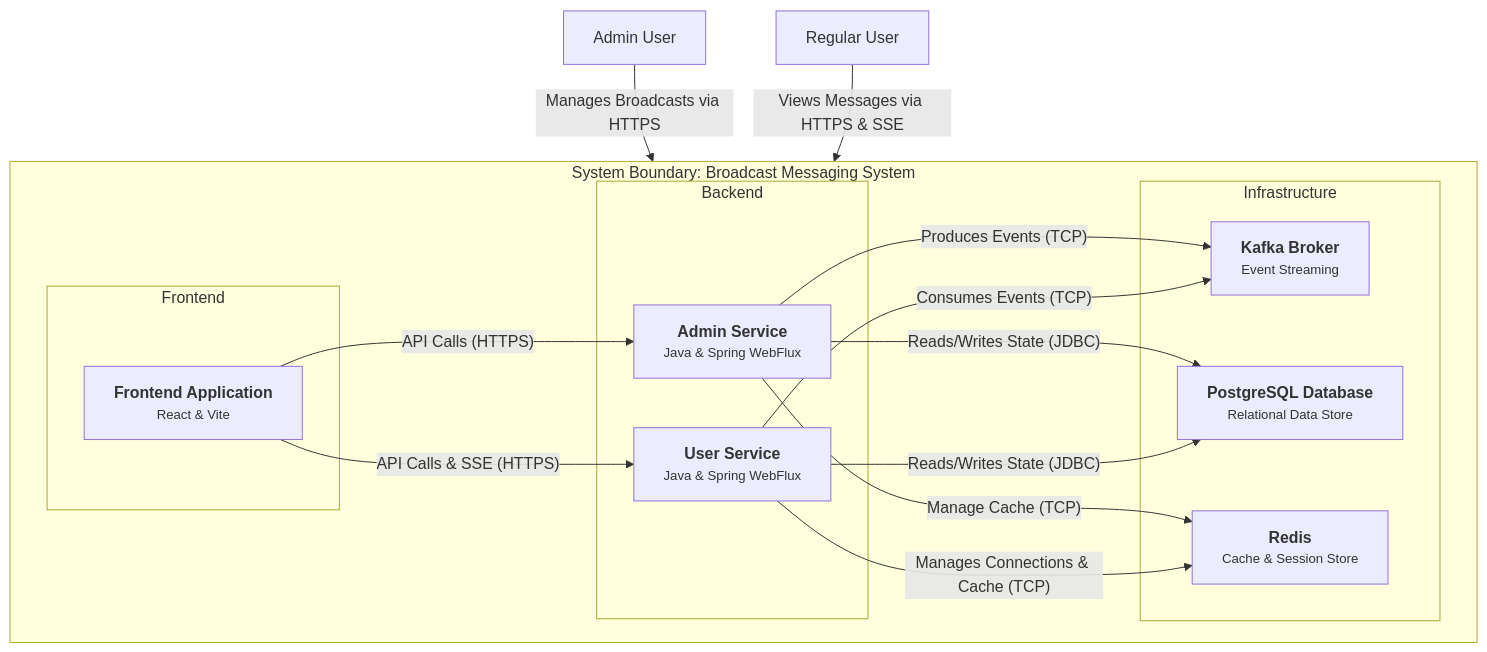
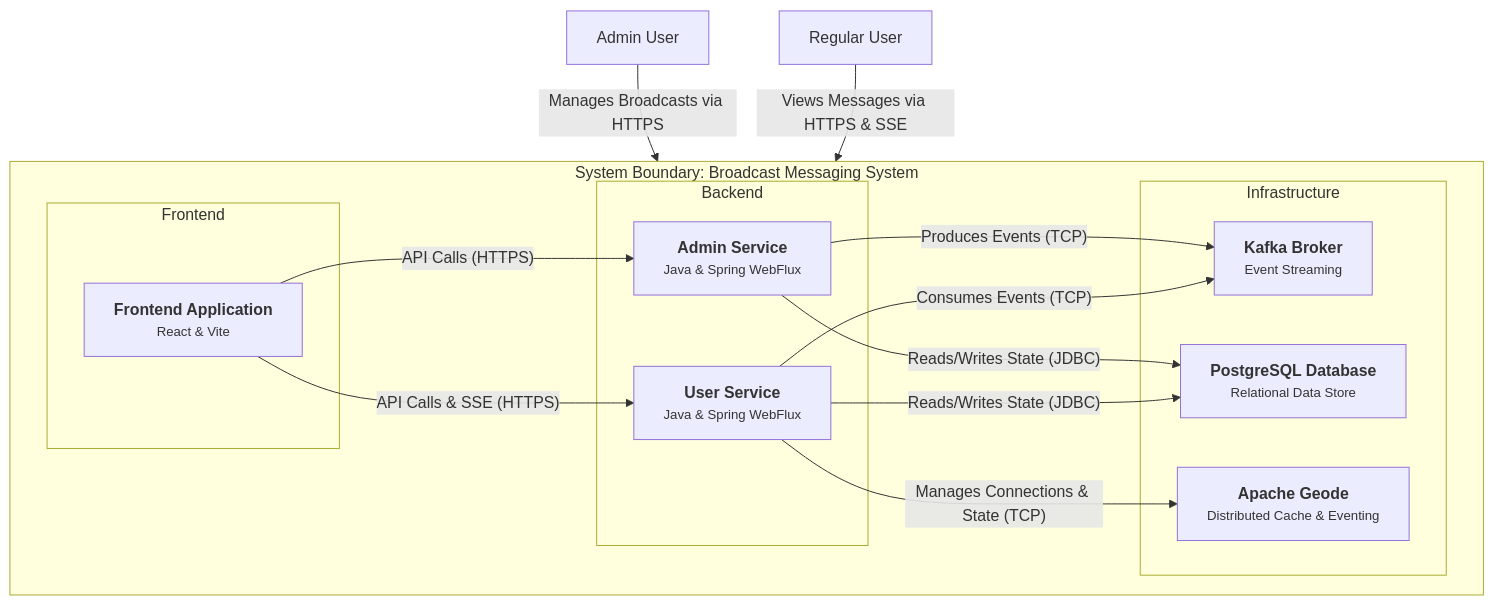
The diagram in MermaidDiagrams/c4-container-overall-service.mmd (rsrini7/Notification-SSE-GLM-Flux), drawn with Mermaid before and after one commit. The commit also changed 26 other files, not shown here.

First line of the commit message:
refactor(diagrams): replace Redis with Geode in all diagrams

```diff
--- a/MermaidDiagrams/c4-container-overall-service.mmd
+++ b/MermaidDiagrams/c4-container-overall-service.mmd
@@ -1,36 +1,35 @@
 graph TD
     subgraph "System Boundary: Broadcast Messaging System"
         direction LR
 
         subgraph "Frontend"
             WebApp["<div style='font-weight:bold'>Frontend Application</div><div style='font-size: smaller;'>React & Vite</div>"]
         end
 
         subgraph "Backend"
             AdminService["<div style='font-weight:bold'>Admin Service</div><div style='font-size: smaller;'>Java & Spring WebFlux</div>"]
             UserService["<div style='font-weight:bold'>User Service</div><div style='font-size: smaller;'>Java & Spring WebFlux</div>"]
         end
 
         subgraph "Infrastructure"
             Kafka["<div style='font-weight:bold'>Kafka Broker</div><div style='font-size: smaller;'>Event Streaming</div>"]
             Postgres["<div style='font-weight:bold'>PostgreSQL Database</div><div style='font-size: smaller;'>Relational Data Store</div>"]
-            Redis["<div style='font-weight:bold'>Redis</div><div style='font-size: smaller;'>Cache & Session Store</div>"]
+            Geode["<div style='font-weight:bold'>Apache Geode</div><div style='font-size: smaller;'>Distributed Cache & Eventing</div>"]
         end
     end
 
     AdminUser[Admin User]
     RegularUser[Regular User]
 
     AdminUser -- "Manages Broadcasts via HTTPS" --> WebApp
     RegularUser -- "Views Messages via HTTPS & SSE" --> WebApp
 
     WebApp -- "API Calls (HTTPS)" --> AdminService
     WebApp -- "API Calls & SSE (HTTPS)" --> UserService
 
     AdminService -- "Produces Events (TCP)" --> Kafka
     AdminService -- "Reads/Writes State (JDBC)" --> Postgres
-    AdminService -- "Manage Cache (TCP)" --> Redis
 
     UserService -- "Consumes Events (TCP)" --> Kafka
     UserService -- "Reads/Writes State (JDBC)" --> Postgres
-    UserService -- "Manages Connections & Cache (TCP)" --> Redis
+    UserService -- "Manages Connections & State (TCP)" --> Geode
```
